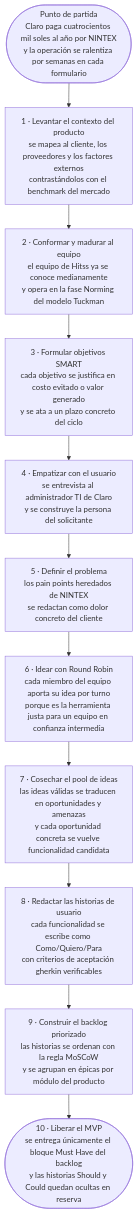
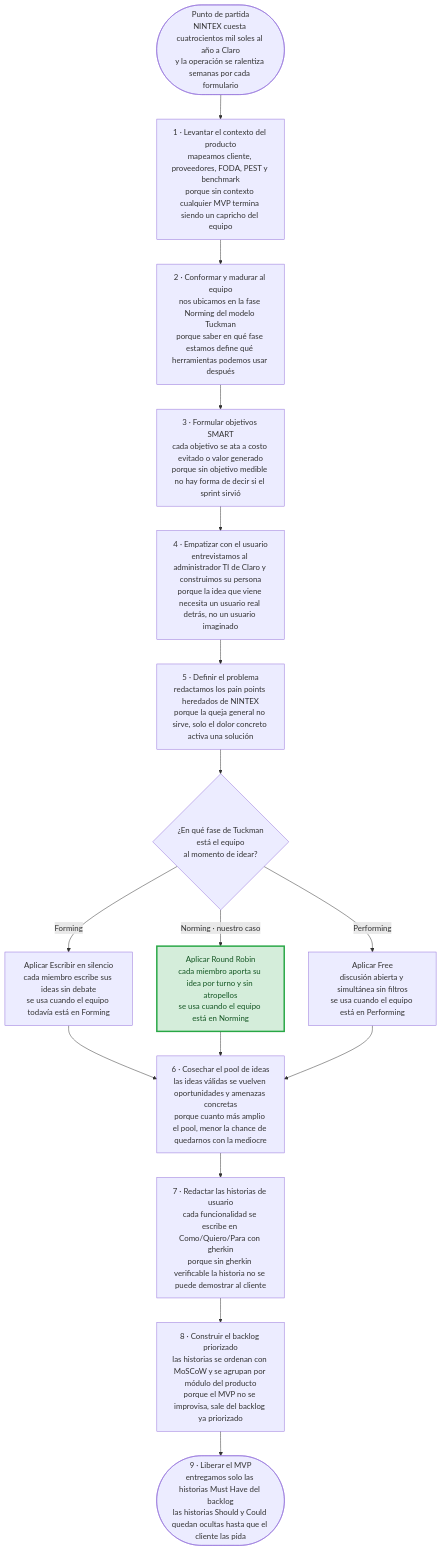
Before and after one commit to Flowtex-App/desarrollo-agile-flowtex-workspace: the diagram in docs/presentacion/SI570-flujograma-maestro.md, drawn with Mermaid. The commit also changed other lines of this file, not shown here.

Commit message:
docs: agrega por que de cada paso y restituye las tres herramientas de ideacion en el flujograma SI570

````diff
--- a/docs/presentacion/SI570-flujograma-maestro.md
+++ b/docs/presentacion/SI570-flujograma-maestro.md
@@ -9,26 +9,40 @@
 ```mermaid
 flowchart TD
-    INI([Punto de partida<br/>Claro paga cuatrocientos mil soles al año por NINTEX<br/>y la operación se ralentiza por semanas en cada formulario])
+    INI([Punto de partida<br/>NINTEX cuesta cuatrocientos mil soles al año a Claro<br/>y la operación se ralentiza semanas por cada formulario])
 
-    A[1 · Levantar el contexto del producto<br/>se mapea al cliente, los proveedores y los factores externos<br/>contrastándolos con el benchmark del mercado]
+    A[1 · Levantar el contexto del producto<br/>mapeamos cliente, proveedores, FODA, PEST y benchmark<br/>porque sin contexto cualquier MVP termina siendo un capricho del equipo]
 
-    B[2 · Conformar y madurar al equipo<br/>el equipo de Hitss ya se conoce medianamente<br/>y opera en la fase Norming del modelo Tuckman]
+    B[2 · Conformar y madurar al equipo<br/>nos ubicamos en la fase Norming del modelo Tuckman<br/>porque saber en qué fase estamos define qué herramientas podemos usar después]
 
-    C[3 · Formular objetivos SMART<br/>cada objetivo se justifica en costo evitado o valor generado<br/>y se ata a un plazo concreto del ciclo]
+    C[3 · Formular objetivos SMART<br/>cada objetivo se ata a costo evitado o valor generado<br/>porque sin objetivo medible no hay forma de decir si el sprint sirvió]
 
-    D[4 · Empatizar con el usuario<br/>se entrevista al administrador TI de Claro<br/>y se construye la persona del solicitante]
+    D[4 · Empatizar con el usuario<br/>entrevistamos al administrador TI de Claro y construimos su persona<br/>porque la idea que viene necesita un usuario real detrás, no un usuario imaginado]
 
-    DEF[5 · Definir el problema<br/>los pain points heredados de NINTEX<br/>se redactan como dolor concreto del cliente]
+    DEF[5 · Definir el problema<br/>redactamos los pain points heredados de NINTEX<br/>porque la queja general no sirve, solo el dolor concreto activa una solución]
 
-    ID[6 · Idear con Round Robin<br/>cada miembro del equipo aporta su idea por turno<br/>porque es la herramienta justa para un equipo en confianza intermedia]
+    DEC1{¿En qué fase de Tuckman<br/>está el equipo<br/>al momento de idear?}
 
-    POOL[7 · Cosechar el pool de ideas<br/>las ideas válidas se traducen en oportunidades y amenazas<br/>y cada oportunidad concreta se vuelve funcionalidad candidata]
+    ID1[Aplicar Escribir en silencio<br/>cada miembro escribe sus ideas sin debate<br/>se usa cuando el equipo todavía está en Forming]
+    ID2[Aplicar Round Robin<br/>cada miembro aporta su idea por turno y sin atropellos<br/>se usa cuando el equipo está en Norming]
+    ID3[Aplicar Free<br/>discusión abierta y simultánea sin filtros<br/>se usa cuando el equipo está en Performing]
 
-    HU[8 · Redactar las historias de usuario<br/>cada funcionalidad se escribe como Como/Quiero/Para<br/>con criterios de aceptación gherkin verificables]
+    POOL[6 · Cosechar el pool de ideas<br/>las ideas válidas se vuelven oportunidades y amenazas concretas<br/>porque cuanto más amplio el pool, menor la chance de quedarnos con la mediocre]
 
-    BL[9 · Construir el backlog priorizado<br/>las historias se ordenan con la regla MoSCoW<br/>y se agrupan en épicas por módulo del producto]
+    HU[7 · Redactar las historias de usuario<br/>cada funcionalidad se escribe en Como/Quiero/Para con gherkin<br/>porque sin gherkin verificable la historia no se puede demostrar al cliente]
 
-    MVP([10 · Liberar el MVP<br/>se entrega únicamente el bloque Must Have del backlog<br/>y las historias Should y Could quedan ocultas en reserva])
+    BL[8 · Construir el backlog priorizado<br/>las historias se ordenan con MoSCoW y se agrupan por módulo del producto<br/>porque el MVP no se improvisa, sale del backlog ya priorizado]
 
-    INI --> A --> B --> C --> D --> DEF --> ID --> POOL --> HU --> BL --> MVP
+    MVP([9 · Liberar el MVP<br/>entregamos solo las historias Must Have del backlog<br/>las historias Should y Could quedan ocultas hasta que el cliente las pida])
+
+    INI --> A --> B --> C --> D --> DEF --> DEC1
+    DEC1 -->|Forming| ID1
+    DEC1 -->|Norming  ·  nuestro caso| ID2
+    DEC1 -->|Performing| ID3
+    ID1 --> POOL
+    ID2 --> POOL
+    ID3 --> POOL
+    POOL --> HU --> BL --> MVP
+
+    classDef chosen fill:#d4edda,stroke:#28a745,stroke-width:3px,color:#155724
+    class ID2 chosen
 ```
````
